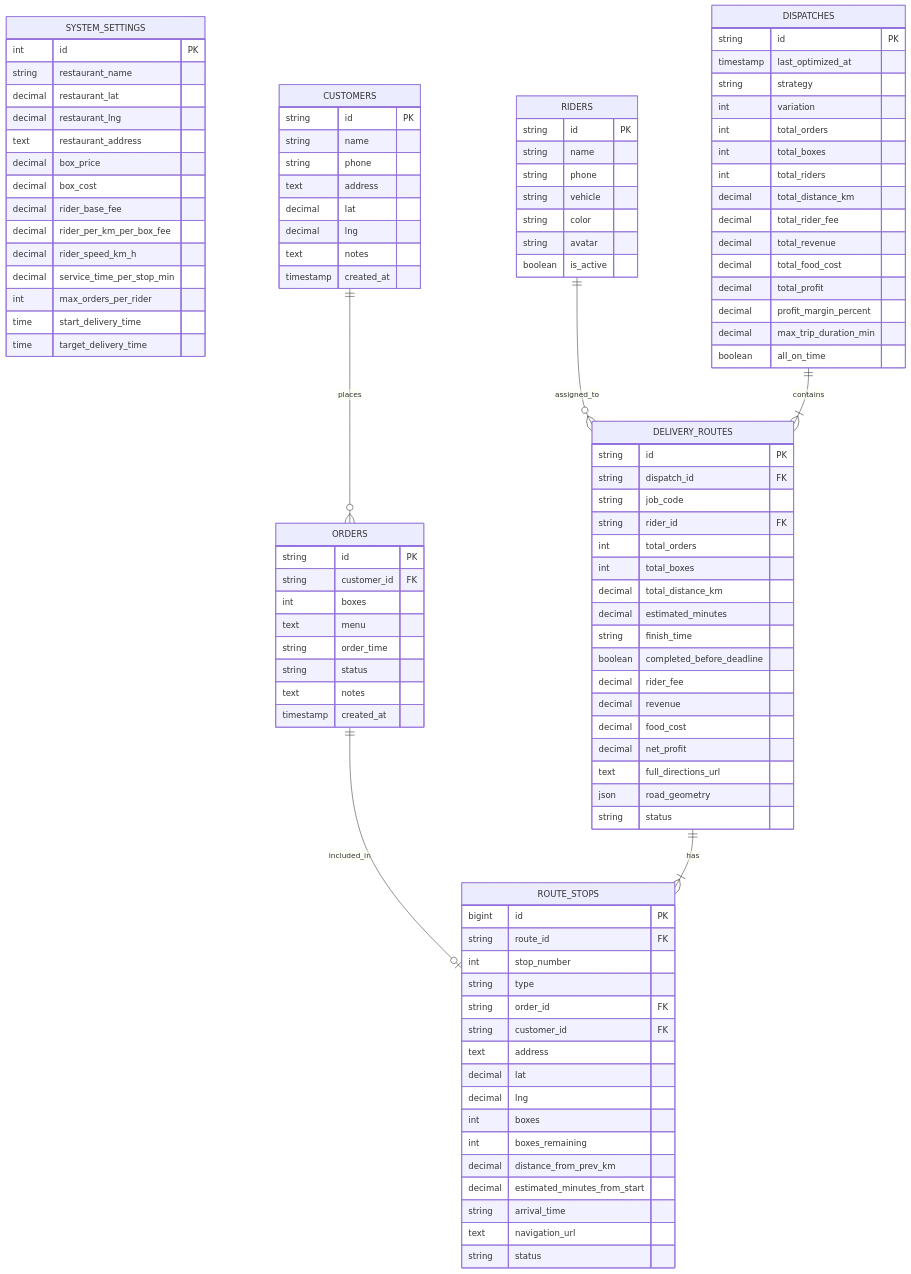
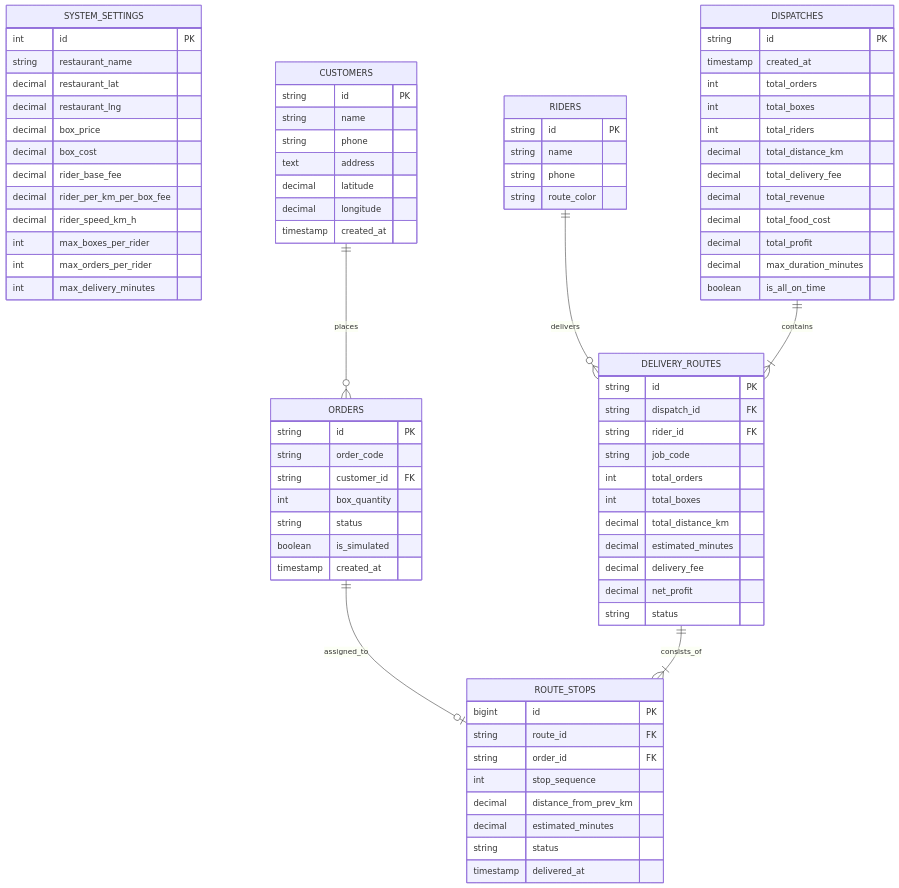
One commit to Anat-sus/pa_tim changed the diagram in Plan/DATABASE_SCHEMA.md. Above: the diagram before and after it, drawn with Mermaid. The commit also changed other lines of this file, not shown here.

````diff
--- a/Plan/DATABASE_SCHEMA.md
+++ b/Plan/DATABASE_SCHEMA.md
@@ -173,16 +147,14 @@
         string restaurant_name
         decimal restaurant_lat
         decimal restaurant_lng
-        text restaurant_address
         decimal box_price
         decimal box_cost
         decimal rider_base_fee
         decimal rider_per_km_per_box_fee
         decimal rider_speed_km_h
-        decimal service_time_per_stop_min
+        int max_boxes_per_rider
         int max_orders_per_rider
-        time start_delivery_time
-        time target_delivery_time
+        int max_delivery_minutes
     }
 
     CUSTOMERS ||--o{ ORDERS : "places"
@@ -191,91 +163,69 @@
         string name
         string phone
         text address
-        decimal lat
-        decimal lng
-        text notes
+        decimal latitude
+        decimal longitude
         timestamp created_at
     }
 
-    RIDERS ||--o{ DELIVERY_ROUTES : "assigned_to"
+    RIDERS ||--o{ DELIVERY_ROUTES : "delivers"
     RIDERS {
         string id PK
         string name
         string phone
-        string vehicle
-        string color
-        string avatar
-        boolean is_active
+        string route_color
     }
 
-    ORDERS ||--o| ROUTE_STOPS : "included_in"
+    ORDERS ||--o| ROUTE_STOPS : "assigned_to"
     ORDERS {
         string id PK
+        string order_code
         string customer_id FK
-        int boxes
-        text menu
-        string order_time
+        int box_quantity
         string status
-        text notes
+        boolean is_simulated
         timestamp created_at
     }
 
     DISPATCHES ||--|{ DELIVERY_ROUTES : "contains"
     DISPATCHES {
         string id PK
-        timestamp last_optimized_at
-        string strategy
-        int variation
+        timestamp created_at
         int total_orders
         int total_boxes
         int total_riders
         decimal total_distance_km
-        decimal total_rider_fee
+        decimal total_delivery_fee
         decimal total_revenue
         decimal total_food_cost
         decimal total_profit
-        decimal profit_margin_percent
-        decimal max_trip_duration_min
-        boolean all_on_time
+        decimal max_duration_minutes
+        boolean is_all_on_time
     }
 
-    DELIVERY_ROUTES ||--|{ ROUTE_STOPS : "has"
+    DELIVERY_ROUTES ||--|{ ROUTE_STOPS : "consists_of"
     DELIVERY_ROUTES {
         string id PK
         string dispatch_id FK
+        string rider_id FK
         string job_code
-        string rider_id FK
         int total_orders
         int total_boxes
         decimal total_distance_km
         decimal estimated_minutes
-        string finish_time
-        boolean completed_before_deadline
-        decimal rider_fee
-        decimal revenue
-        decimal food_cost
+        decimal delivery_fee
         decimal net_profit
-        text full_directions_url
-        json road_geometry
         string status
     }
 
     ROUTE_STOPS {
         bigint id PK
         string route_id FK
-        int stop_number
-        string type
         string order_id FK
-        string customer_id FK
-        text address
-        decimal lat
-        decimal lng
-        int boxes
-        int boxes_remaining
+        int stop_sequence
         decimal distance_from_prev_km
-        decimal estimated_minutes_from_start
-        string arrival_time
-        text navigation_url
+        decimal estimated_minutes
         string status
+        timestamp delivered_at
     }
 ```
````
